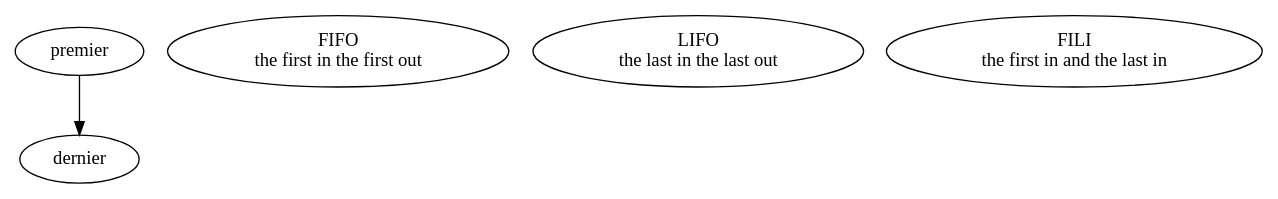
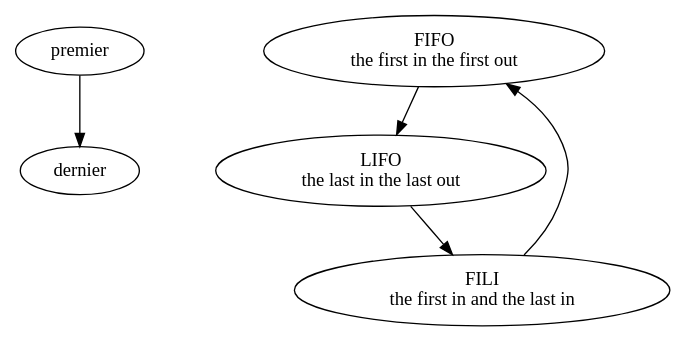
One commit to ensad-nancy/first-last changed the diagram in sujet.dot. Above: the diagram before and after it, drawn with Graphviz.

Commit message:
+	FILI -> FIFO -> LIFO -> FILI +

```diff
--- a/sujet.dot
+++ b/sujet.dot
@@ -1,9 +1,11 @@
 digraph {
 
 	premier -> dernier
 
 	FIFO [label="FIFO\nthe first in the first out"]
 	LIFO [label="LIFO\nthe last in the last out"]
 	FILI [label="FILI\nthe first in and the last in"]
 	
+	FILI -> FIFO -> LIFO -> FILI
+	
 }
```
